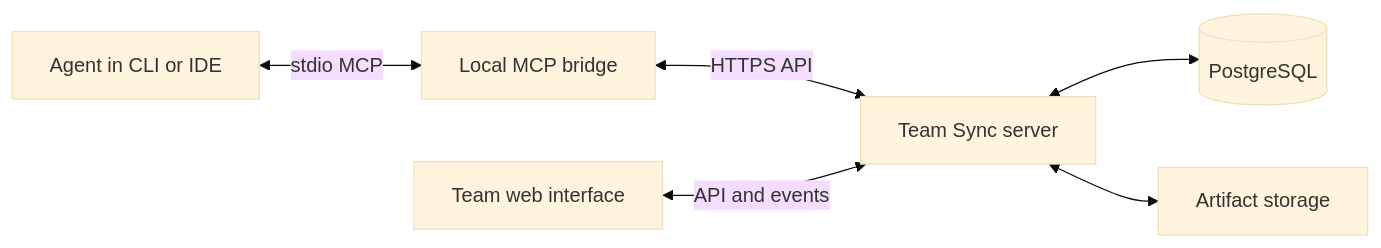
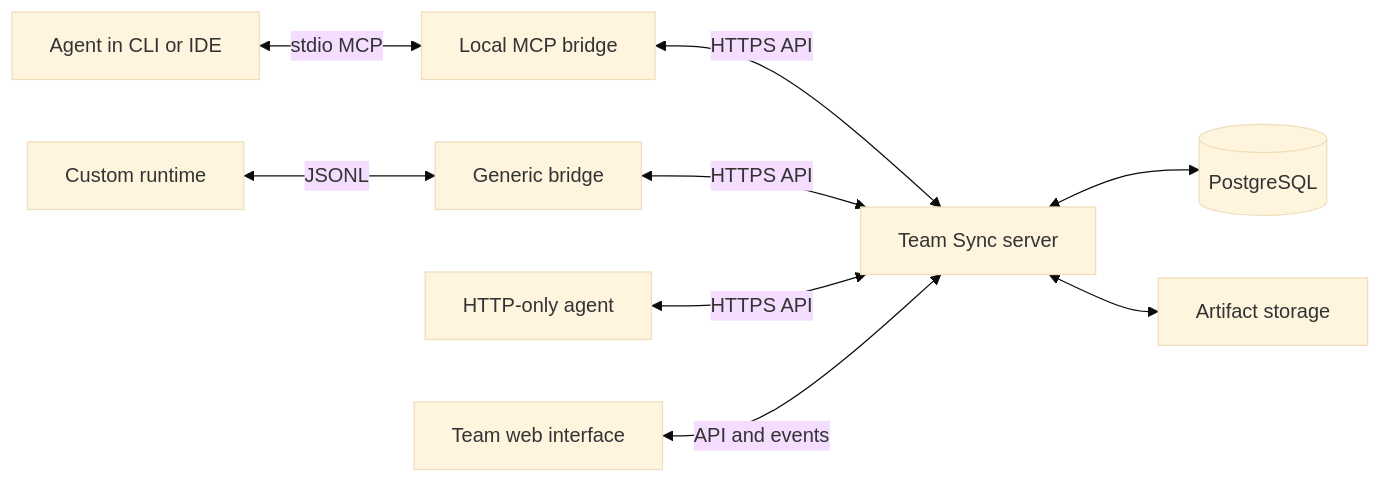
One commit to Vo1ic/ctf-team-sync changed the diagram in README.md. Above: the diagram before and after it, drawn with Mermaid (base theme). The commit also changed other lines of this file and 24 other files, not shown here.

````diff
--- a/README.md
+++ b/README.md
@@ -39,8 +39,11 @@
 ```mermaid
 flowchart LR
     Agent[Agent in CLI or IDE] <-->|stdio MCP| Bridge[Local MCP bridge]
     Bridge <-->|HTTPS API| Server[Team Sync server]
+    Custom[Custom runtime] <-->|JSONL| JSONL[Generic bridge]
+    JSONL <-->|HTTPS API| Server
+    HTTP[HTTP-only agent] <-->|HTTPS API| Server
     Browser[Team web interface] <-->|API and events| Server
     Server <--> Database[(PostgreSQL)]
     Server <--> Files[Artifact storage]
 ```
````
